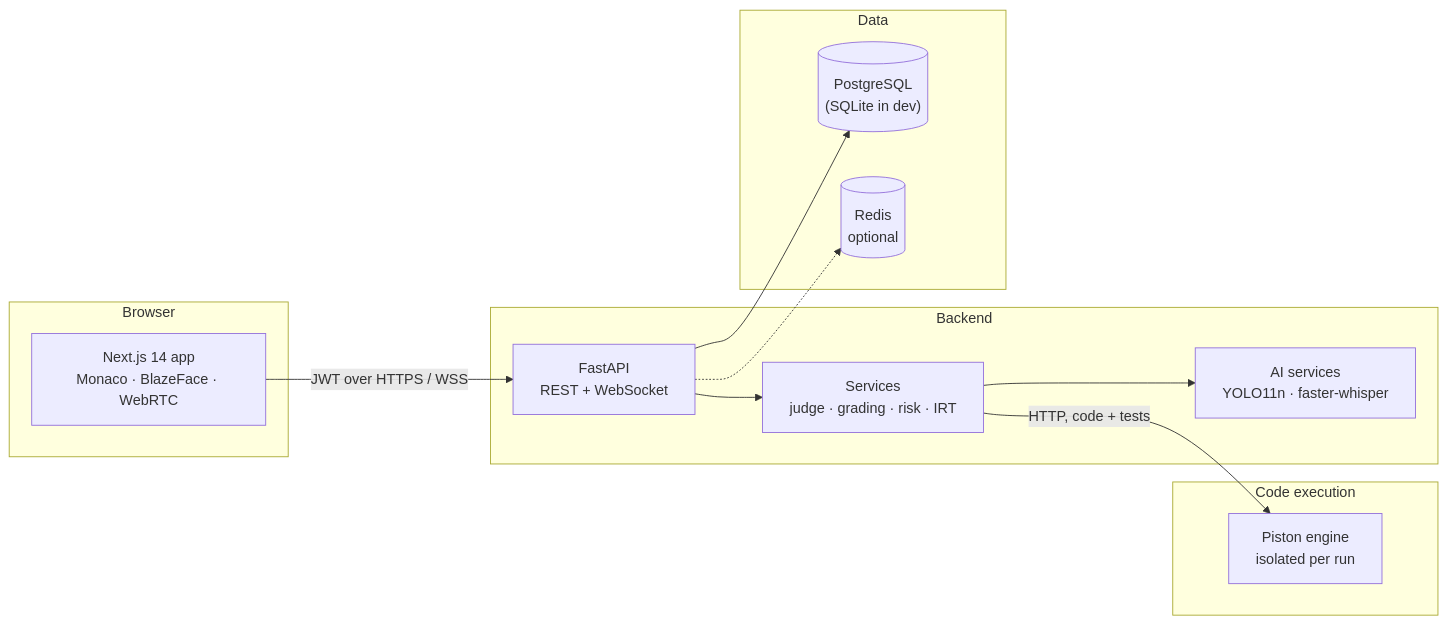
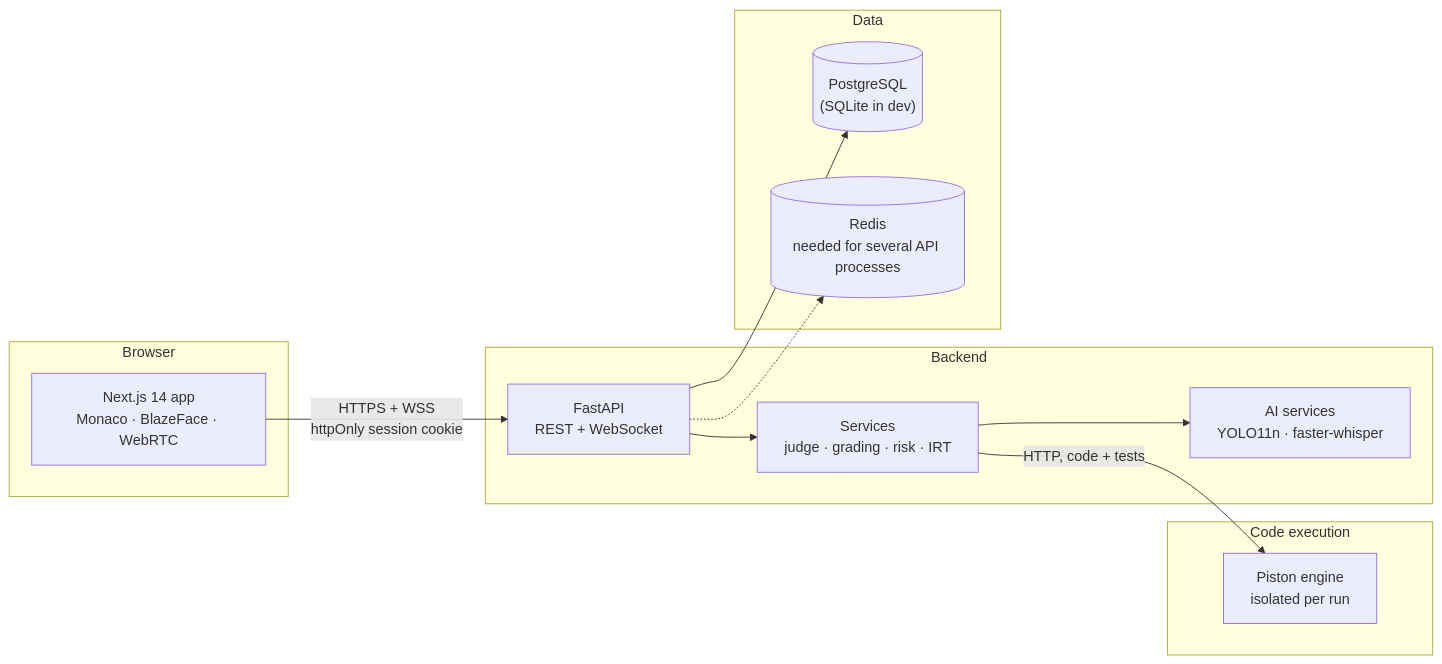
One commit to vishwa-10147/ExamSentiinel changed the diagram in README.md. Above: the diagram before and after it, drawn with Mermaid. The commit also changed other lines of this file and 16 other files, not shown here.

````diff
--- a/README.md
+++ b/README.md
@@ -89,28 +123,28 @@
 ```mermaid
 flowchart LR
     subgraph Client["Browser"]
         UI["Next.js 14 app<br/>Monaco · BlazeFace · WebRTC"]
     end
 
     subgraph Server["Backend"]
         API["FastAPI<br/>REST + WebSocket"]
         SVC["Services<br/>judge · grading · risk · IRT"]
         AI["AI services<br/>YOLO11n · faster-whisper"]
     end
 
     subgraph Data["Data"]
         DB[("PostgreSQL<br/>(SQLite in dev)")]
-        R[("Redis<br/>optional")]
+        R[("Redis<br/>needed for several API processes")]
     end
 
     subgraph Sandbox["Code execution"]
         P["Piston engine<br/>isolated per run"]
     end
 
-    UI -- "JWT over HTTPS / WSS" --> API
+    UI -- "HTTPS + WSS<br/>httpOnly session cookie" --> API
     API --> SVC
     SVC --> AI
     API --> DB
     API -.-> R
     SVC -- "HTTP, code + tests" --> P
 ```
````
